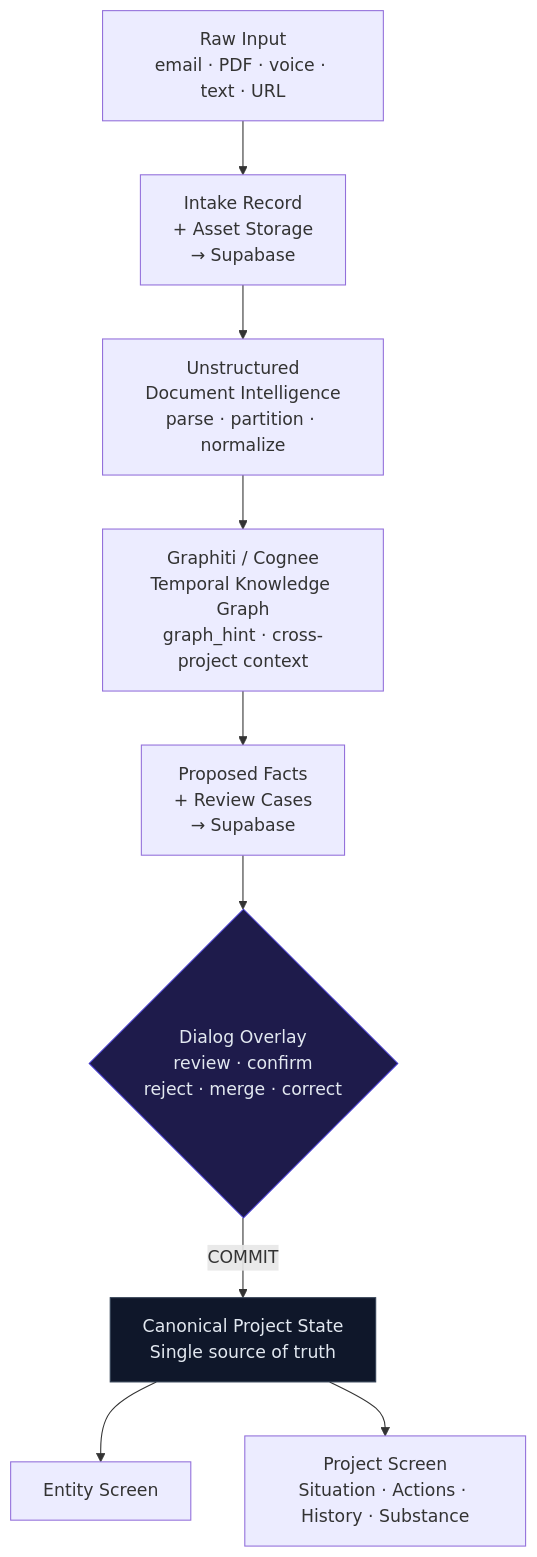
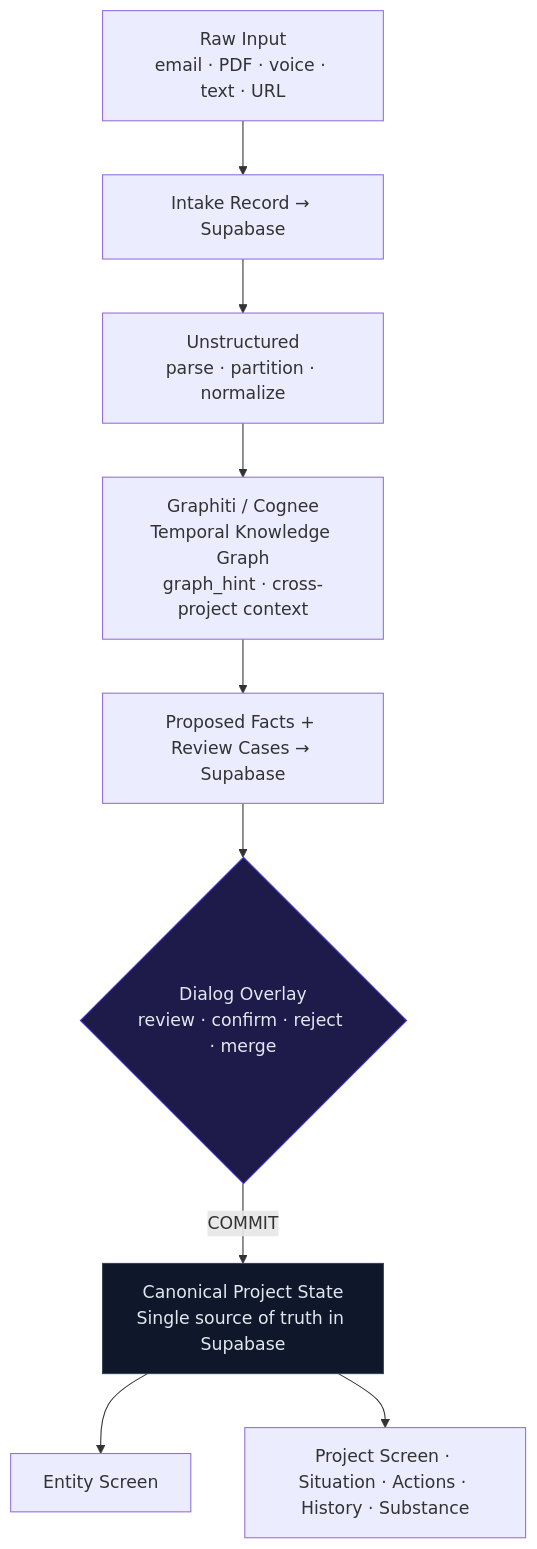
Before and after one commit to anx22/cogni: the diagram in README.md, drawn with Mermaid. The commit also changed other lines of this file, not shown here.

````diff
--- a/README.md
+++ b/README.md
@@ -127,14 +213,14 @@
 ```mermaid
 flowchart TD
-    A["Raw Input\nemail · PDF · voice · text · URL"] --> B["Intake Record\n+ Asset Storage\n→ Supabase"]
-    B --> C["Unstructured\nDocument Intelligence\nparse · partition · normalize"]
+    A["Raw Input\nemail · PDF · voice · text · URL"] --> B["Intake Record → Supabase"]
+    B --> C["Unstructured\nparse · partition · normalize"]
     C --> D["Graphiti / Cognee\nTemporal Knowledge Graph\ngraph_hint · cross-project context"]
-    D --> E["Proposed Facts\n+ Review Cases\n→ Supabase"]
-    E --> F{"Dialog Overlay\nreview · confirm\nreject · merge · correct"}
-    F -->|"COMMIT"| G["Canonical Project State\nSingle source of truth"]
+    D --> E["Proposed Facts + Review Cases → Supabase"]
+    E --> F{"Dialog Overlay\nreview · confirm · reject · merge"}
+    F -->|"COMMIT"| G["Canonical Project State\nSingle source of truth in Supabase"]
     G --> H["Entity Screen"]
-    G --> I["Project Screen\nSituation · Actions · History · Substance"]
+    G --> I["Project Screen · Situation · Actions · History · Substance"]
 
     style G fill:#0f172a,color:#e2e8f0,stroke:#334155
     style F fill:#1e1b4b,color:#e2e8f0,stroke:#4338ca
 ```
````
